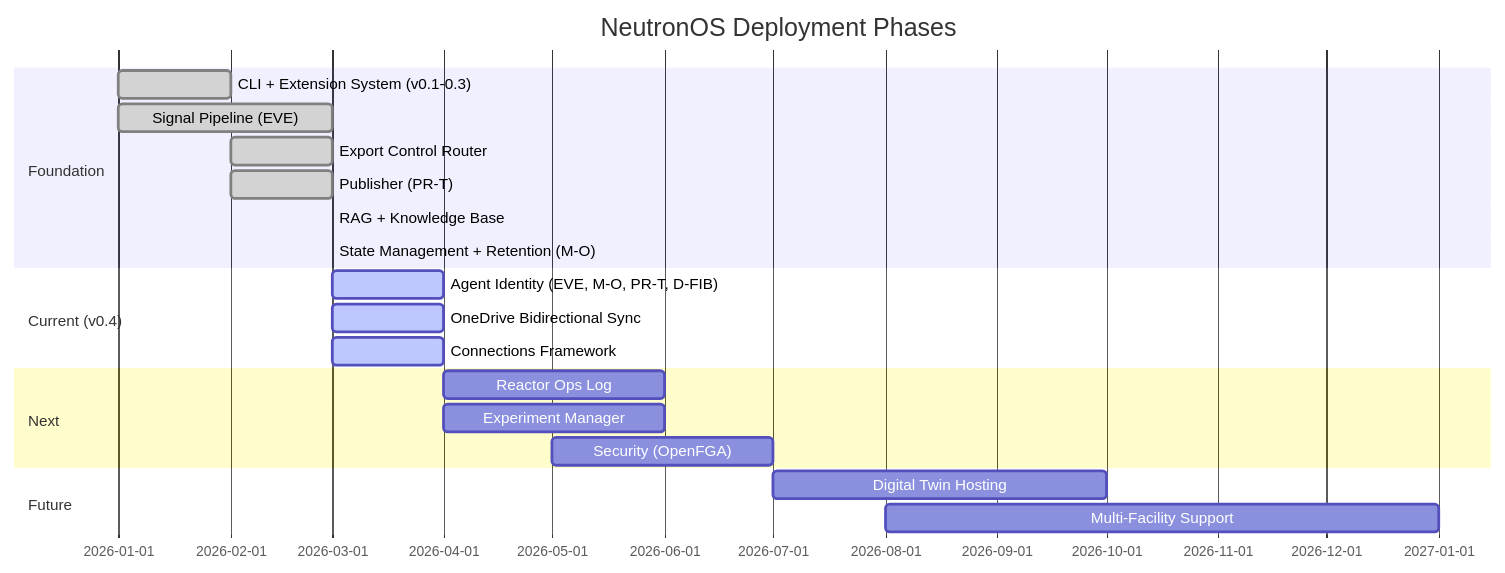
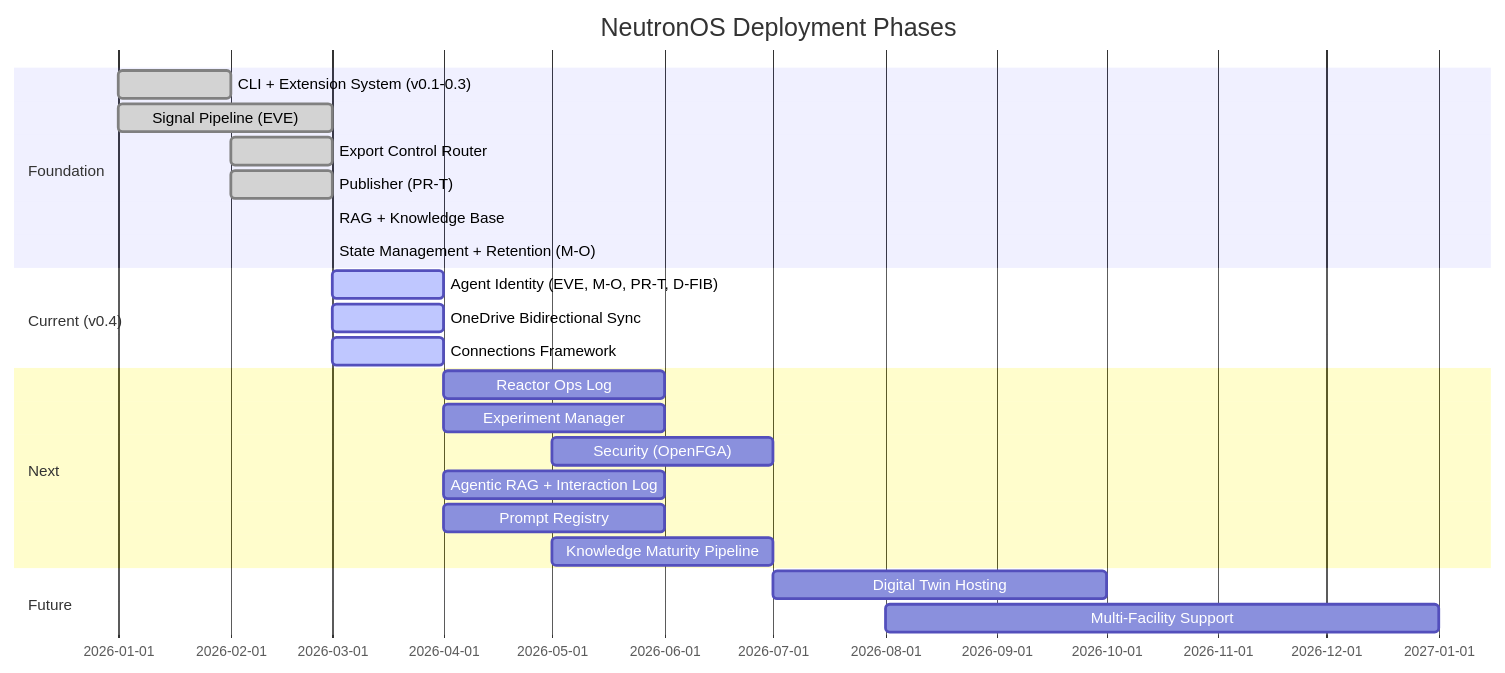
Before and after one commit to UT-Computational-NE/neutron-os-core: the diagram in docs/requirements/prd-executive.md, drawn with Mermaid. The commit also changed other lines of this file and 97 other files, not shown here.

````diff
--- a/docs/requirements/prd-executive.md
+++ b/docs/requirements/prd-executive.md
@@ -110,23 +111,26 @@
 ```mermaid
 gantt
     title NeutronOS Deployment Phases
     dateFormat  YYYY-MM
     section Foundation
     CLI + Extension System (v0.1-0.3)       :done, f1, 2026-01, 2026-02
     Signal Pipeline (EVE)                    :done, f2, 2026-01, 2026-03
     Export Control Router                    :done, f3, 2026-02, 2026-03
     Publisher (PR-T)                         :done, f4, 2026-02, 2026-03
     RAG + Knowledge Base                     :done, f5, 2026-03, 2026-03
     State Management + Retention (M-O)       :done, f6, 2026-03, 2026-03
     section Current (v0.4)
     Agent Identity (EVE, M-O, PR-T, D-FIB)  :active, c1, 2026-03, 2026-04
     OneDrive Bidirectional Sync              :active, c2, 2026-03, 2026-04
     Connections Framework                    :active, c3, 2026-03, 2026-04
     section Next
     Reactor Ops Log                          :n1, 2026-04, 2026-06
     Experiment Manager                       :n2, 2026-04, 2026-06
     Security (OpenFGA)                       :n3, 2026-05, 2026-07
+    Agentic RAG + Interaction Log            :n4, 2026-04, 2026-06
+    Prompt Registry                          :n5, 2026-04, 2026-06
+    Knowledge Maturity Pipeline              :n6, 2026-05, 2026-07
     section Future
     Digital Twin Hosting                     :ft1, 2026-07, 2026-10
     Multi-Facility Support                   :ft2, 2026-08, 2027-01
 ```
````
